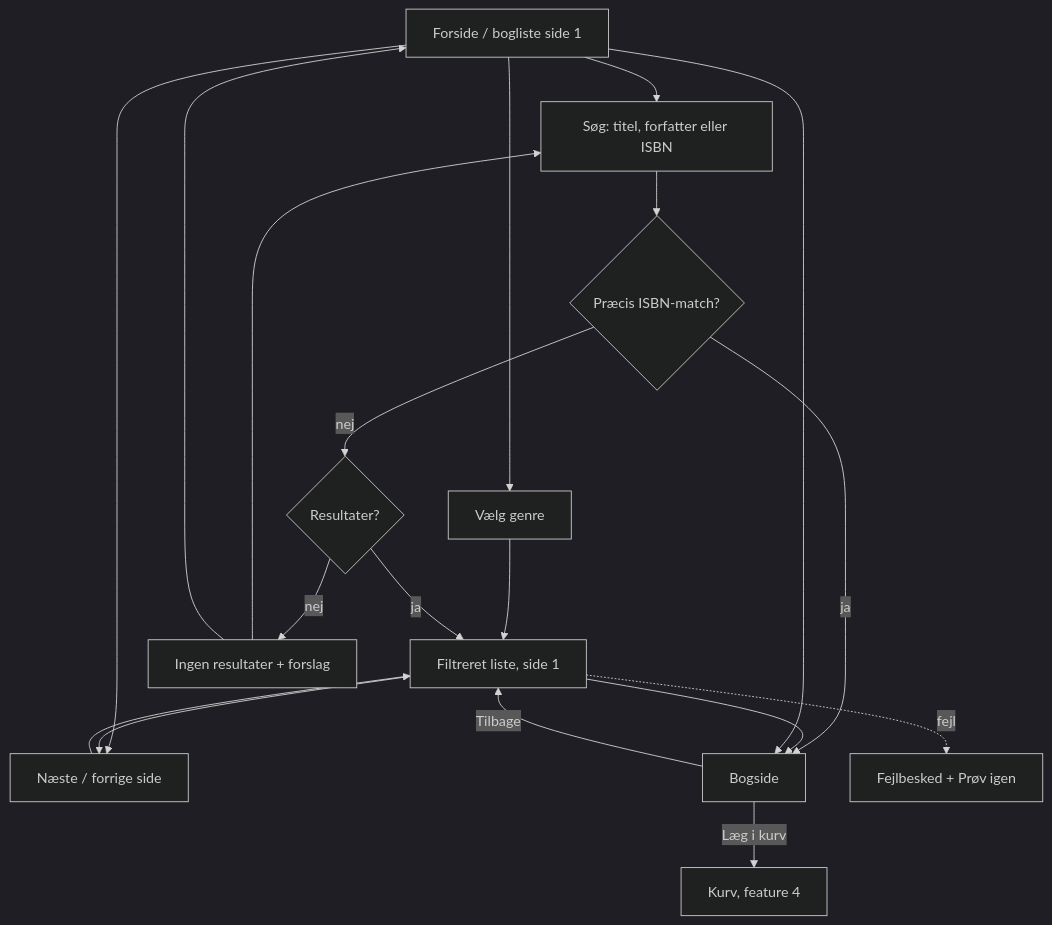
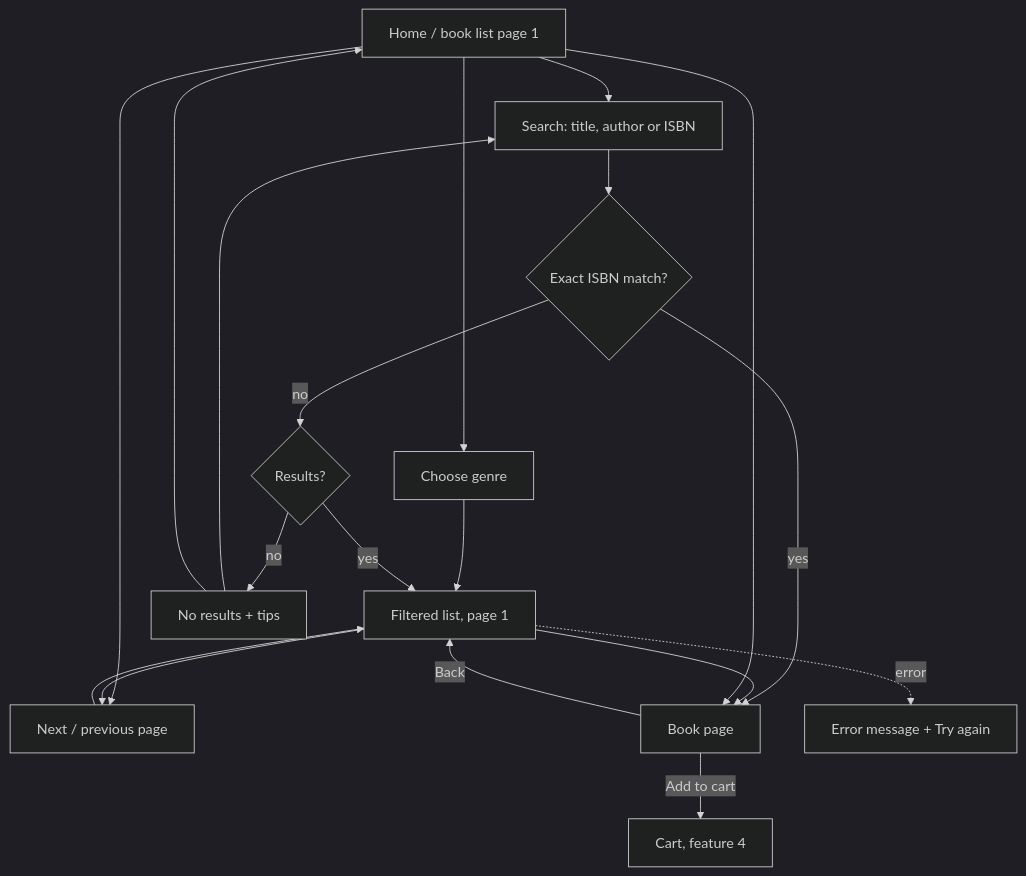
One commit to chjort/bookshop changed the diagram in docs/design/browse-search.md. Above: the diagram before and after it, drawn with Mermaid (dark theme). The commit also changed other lines of this file, not shown here.

````diff
--- a/docs/design/browse-search.md
+++ b/docs/design/browse-search.md
@@ -11,21 +11,21 @@
 ```mermaid
 flowchart TD
-    A[Forside / bogliste side 1] --> G[Vælg genre]
-    A --> S[Søg: titel, forfatter eller ISBN]
-    A --> P[Næste / forrige side]
-    G --> L[Filtreret liste, side 1]
-    S --> I{Præcis ISBN-match?}
-    I -- ja --> B
-    I -- nej --> R{Resultater?}
-    R -- ja --> L
-    R -- nej --> E[Ingen resultater + forslag]
+    A[Home / book list page 1] --> G[Choose genre]
+    A --> S[Search: title, author or ISBN]
+    A --> P[Next / previous page]
+    G --> L[Filtered list, page 1]
+    S --> I{Exact ISBN match?}
+    I -- yes --> B
+    I -- no --> R{Results?}
+    R -- yes --> L
+    R -- no --> E[No results + tips]
     E --> S
     E --> A
     L --> P
     P --> L
-    L --> B[Bogside]
+    L --> B[Book page]
     A --> B
-    B -->|Tilbage| L
-    B -->|Læg i kurv| C[Kurv, feature 4]
-    L -. fejl .-> X[Fejlbesked + Prøv igen]
+    B -->|Back| L
+    B -->|Add to cart| C[Cart, feature 4]
+    L -. error .-> X[Error message + Try again]
 ```
````
